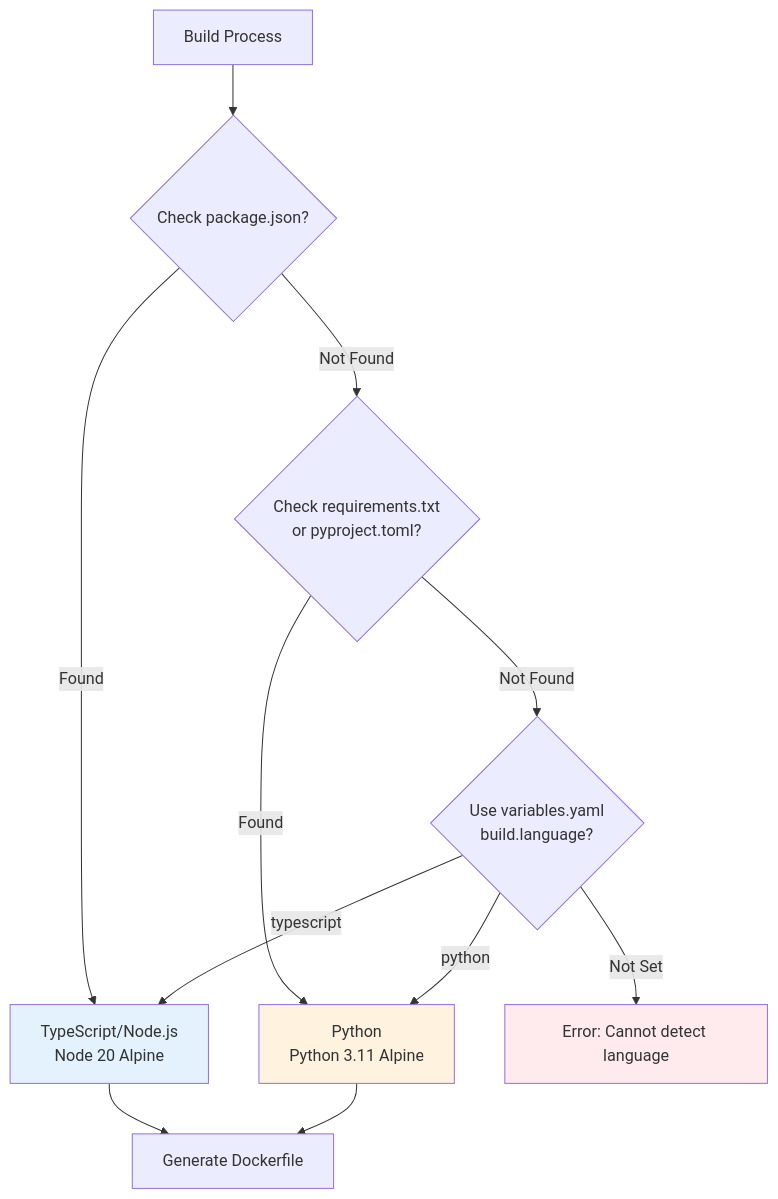
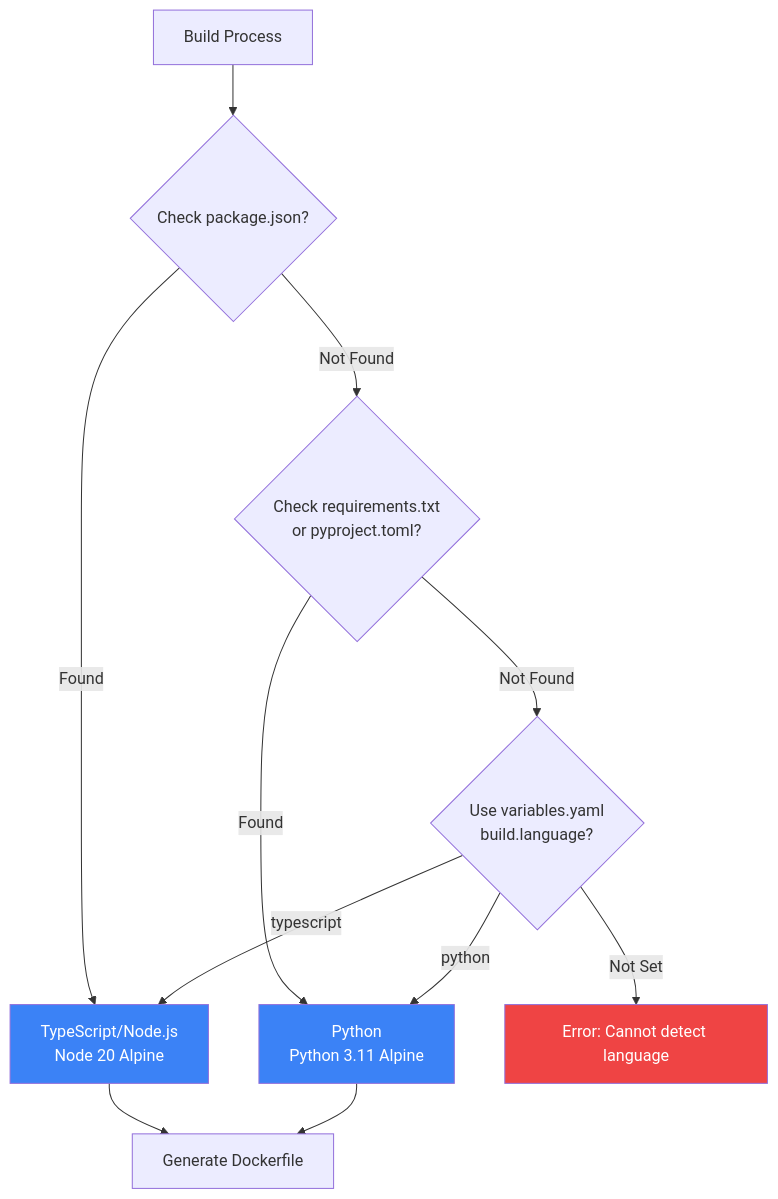
Before and after one commit to esystemsdev/aifabrix-builder: the second of 3 diagrams in docs/BUILDING.md, drawn with Mermaid. The commit also changed other lines of this file and 9 other files, not shown here.

````diff
--- a/docs/BUILDING.md
+++ b/docs/BUILDING.md
@@ -87,18 +87,18 @@
 ```mermaid
 flowchart TD
     Start[Build Process] --> CheckPackage{Check package.json?}
     CheckPackage -->|Found| TypeScript[TypeScript/Node.js<br/>Node 20 Alpine]
     CheckPackage -->|Not Found| CheckRequirements{Check requirements.txt<br/>or pyproject.toml?}
     CheckRequirements -->|Found| Python[Python<br/>Python 3.11 Alpine]
     CheckRequirements -->|Not Found| UseConfig{Use variables.yaml<br/>build.language?}
     UseConfig -->|typescript| TypeScript
     UseConfig -->|python| Python
     UseConfig -->|Not Set| Error[Error: Cannot detect language]
     
     TypeScript --> Dockerfile[Generate Dockerfile]
     Python --> Dockerfile
     
-    style TypeScript fill:#e3f2fd
-    style Python fill:#fff3e0
-    style Error fill:#ffebee
+    style TypeScript fill:#3B82F6,color:#FFFFFF
+    style Python fill:#3B82F6,color:#FFFFFF
+    style Error fill:#EF4444,color:#FFFFFF
 ```
````
